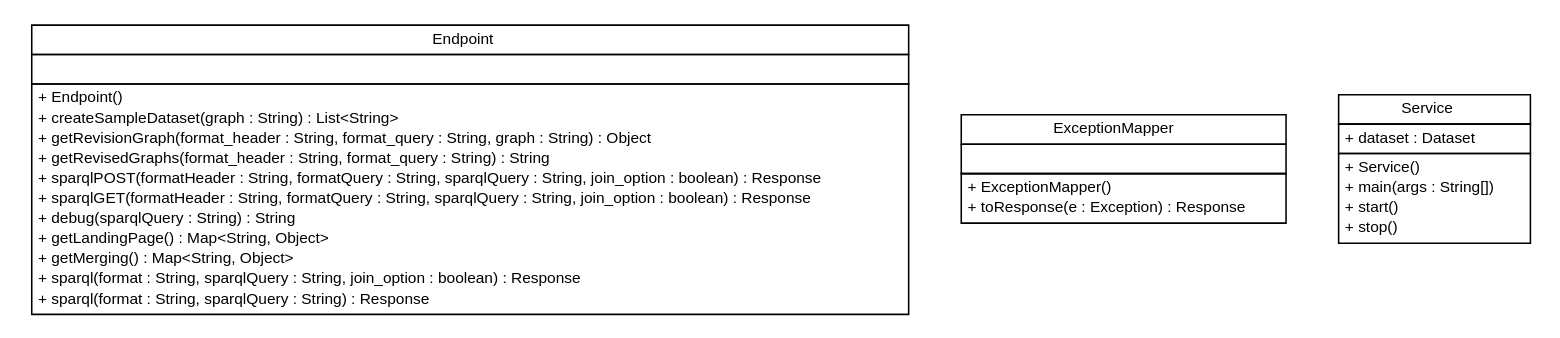
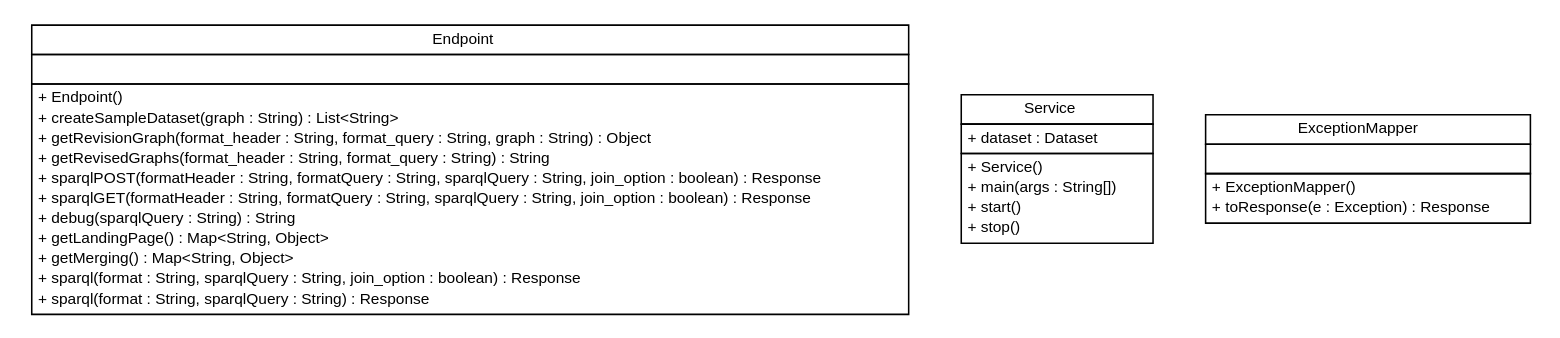
One commit to adrianorzyszek/r43ples changed the diagram in site/apidocs/de/tud/plt/r43ples/webservice/de.tud.plt.r43ples.webservice.dot. Above: the diagram before and after it, drawn with Graphviz. The commit also changed 264 other files, not shown here.

```diff
--- a/site/apidocs/de/tud/plt/r43ples/webservice/de.tud.plt.r43ples.webservice.dot
+++ b/site/apidocs/de/tud/plt/r43ples/webservice/de.tud.plt.r43ples.webservice.dot
@@ -1,62 +1,62 @@
 #!/usr/local/bin/dot
 #
 # Class diagram 
 # Generated by UMLGraph version R5_6-24-gf6e263 (http://www.umlgraph.org/)
 #
 
 digraph G {
 	edge [fontname="Helvetica",fontsize=10,labelfontname="Helvetica",labelfontsize=10];
 	node [fontname="Helvetica",fontsize=10,shape=plaintext];
 	nodesep=0.25;
 	ranksep=0.5;
 	// de.tud.plt.r43ples.webservice.Endpoint
-	c0 [label=<<table title="de.tud.plt.r43ples.webservice.Endpoint" border="0" cellborder="1" cellspacing="0" cellpadding="2" port="p" href="./Endpoint.html">
+	c129 [label=<<table title="de.tud.plt.r43ples.webservice.Endpoint" border="0" cellborder="1" cellspacing="0" cellpadding="2" port="p" href="./Endpoint.html">
 		<tr><td><table border="0" cellspacing="0" cellpadding="1">
 <tr><td align="center" balign="center"> Endpoint </td></tr>
 		</table></td></tr>
 		<tr><td><table border="0" cellspacing="0" cellpadding="1">
 <tr><td align="left" balign="left">  </td></tr>
 		</table></td></tr>
 		<tr><td><table border="0" cellspacing="0" cellpadding="1">
 <tr><td align="left" balign="left"> + Endpoint() </td></tr>
 <tr><td align="left" balign="left"> + createSampleDataset(graph : String) : List&lt;String&gt; </td></tr>
 <tr><td align="left" balign="left"> + getRevisionGraph(format_header : String, format_query : String, graph : String) : Object </td></tr>
 <tr><td align="left" balign="left"> + getRevisedGraphs(format_header : String, format_query : String) : String </td></tr>
 <tr><td align="left" balign="left"> + sparqlPOST(formatHeader : String, formatQuery : String, sparqlQuery : String, join_option : boolean) : Response </td></tr>
 <tr><td align="left" balign="left"> + sparqlGET(formatHeader : String, formatQuery : String, sparqlQuery : String, join_option : boolean) : Response </td></tr>
 <tr><td align="left" balign="left"> + debug(sparqlQuery : String) : String </td></tr>
 <tr><td align="left" balign="left"> + getLandingPage() : Map&lt;String, Object&gt; </td></tr>
 <tr><td align="left" balign="left"> + getMerging() : Map&lt;String, Object&gt; </td></tr>
 <tr><td align="left" balign="left"> + sparql(format : String, sparqlQuery : String, join_option : boolean) : Response </td></tr>
 <tr><td align="left" balign="left"> + sparql(format : String, sparqlQuery : String) : Response </td></tr>
 		</table></td></tr>
 		</table>>, URL="./Endpoint.html", fontname="Helvetica", fontcolor="black", fontsize=10.0];
-	// de.tud.plt.r43ples.webservice.ExceptionMapper
-	c1 [label=<<table title="de.tud.plt.r43ples.webservice.ExceptionMapper" border="0" cellborder="1" cellspacing="0" cellpadding="2" port="p" href="./ExceptionMapper.html">
-		<tr><td><table border="0" cellspacing="0" cellpadding="1">
-<tr><td align="center" balign="center"> ExceptionMapper </td></tr>
-		</table></td></tr>
-		<tr><td><table border="0" cellspacing="0" cellpadding="1">
-<tr><td align="left" balign="left">  </td></tr>
-		</table></td></tr>
-		<tr><td><table border="0" cellspacing="0" cellpadding="1">
-<tr><td align="left" balign="left"> + ExceptionMapper() </td></tr>
-<tr><td align="left" balign="left"> + toResponse(e : Exception) : Response </td></tr>
-		</table></td></tr>
-		</table>>, URL="./ExceptionMapper.html", fontname="Helvetica", fontcolor="black", fontsize=10.0];
 	// de.tud.plt.r43ples.webservice.Service
-	c2 [label=<<table title="de.tud.plt.r43ples.webservice.Service" border="0" cellborder="1" cellspacing="0" cellpadding="2" port="p" href="./Service.html">
+	c130 [label=<<table title="de.tud.plt.r43ples.webservice.Service" border="0" cellborder="1" cellspacing="0" cellpadding="2" port="p" href="./Service.html">
 		<tr><td><table border="0" cellspacing="0" cellpadding="1">
 <tr><td align="center" balign="center"> Service </td></tr>
 		</table></td></tr>
 		<tr><td><table border="0" cellspacing="0" cellpadding="1">
 <tr><td align="left" balign="left"> + dataset : Dataset </td></tr>
 		</table></td></tr>
 		<tr><td><table border="0" cellspacing="0" cellpadding="1">
 <tr><td align="left" balign="left"> + Service() </td></tr>
 <tr><td align="left" balign="left"> + main(args : String[]) </td></tr>
 <tr><td align="left" balign="left"> + start() </td></tr>
 <tr><td align="left" balign="left"> + stop() </td></tr>
 		</table></td></tr>
 		</table>>, URL="./Service.html", fontname="Helvetica", fontcolor="black", fontsize=10.0];
+	// de.tud.plt.r43ples.webservice.ExceptionMapper
+	c131 [label=<<table title="de.tud.plt.r43ples.webservice.ExceptionMapper" border="0" cellborder="1" cellspacing="0" cellpadding="2" port="p" href="./ExceptionMapper.html">
+		<tr><td><table border="0" cellspacing="0" cellpadding="1">
+<tr><td align="center" balign="center"> ExceptionMapper </td></tr>
+		</table></td></tr>
+		<tr><td><table border="0" cellspacing="0" cellpadding="1">
+<tr><td align="left" balign="left">  </td></tr>
+		</table></td></tr>
+		<tr><td><table border="0" cellspacing="0" cellpadding="1">
+<tr><td align="left" balign="left"> + ExceptionMapper() </td></tr>
+<tr><td align="left" balign="left"> + toResponse(e : Exception) : Response </td></tr>
+		</table></td></tr>
+		</table>>, URL="./ExceptionMapper.html", fontname="Helvetica", fontcolor="black", fontsize=10.0];
 }
```
